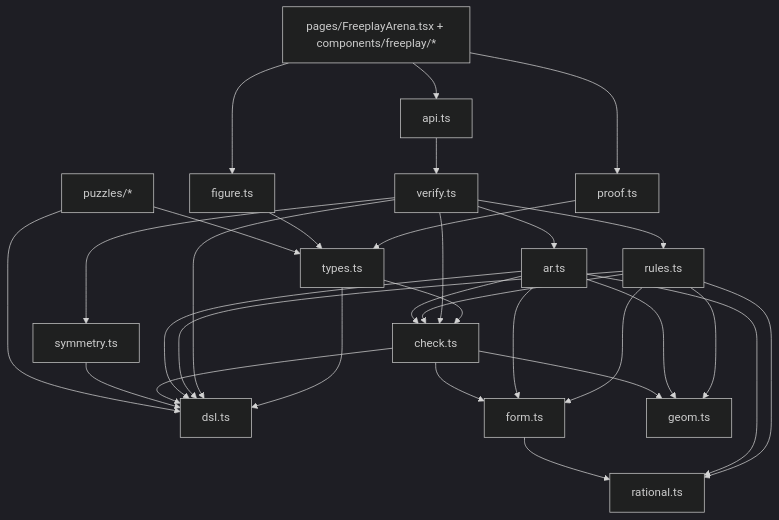
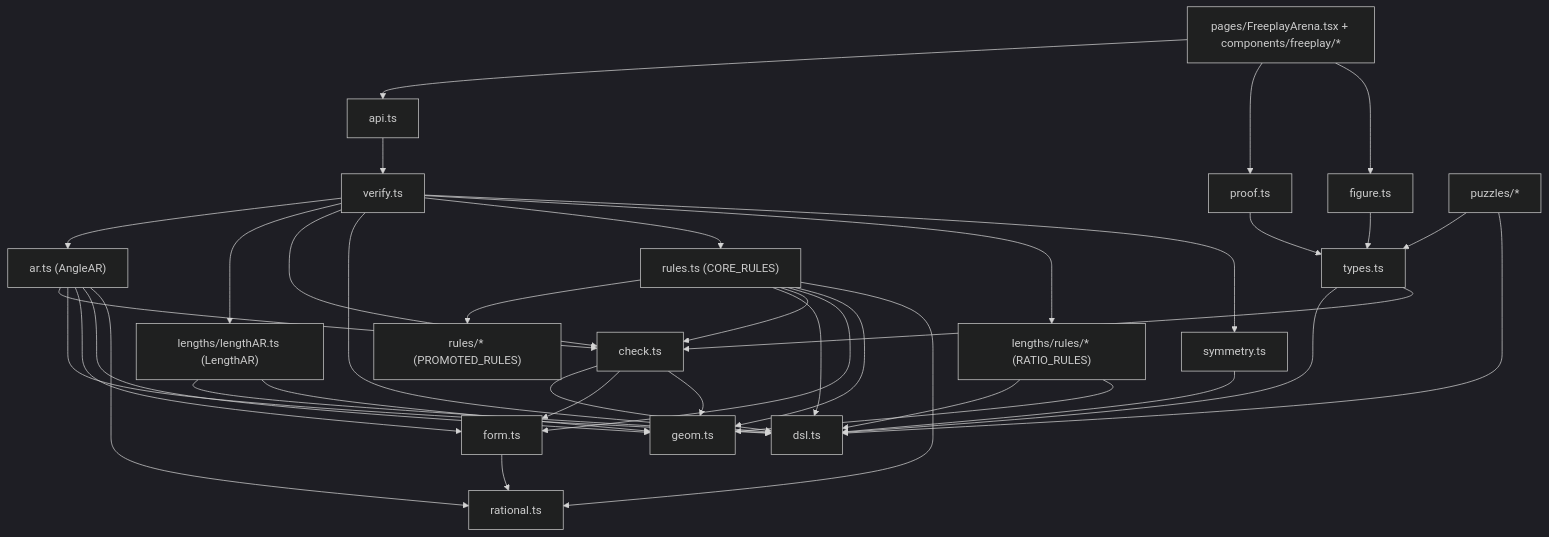
Before and after one commit to f15cubing/brilliant-clone: the diagram in docs/DDAR_ENGINE.md, drawn with Mermaid (dark theme). The commit also changed other lines of this file and 12 other files, not shown here.

````diff
--- a/docs/DDAR_ENGINE.md
+++ b/docs/DDAR_ENGINE.md
@@ -33,49 +37,59 @@
 ```mermaid
 flowchart TD
   UI["pages/FreeplayArena.tsx + components/freeplay/*"]
   API["api.ts"]
   VER["verify.ts"]
   PROOF["proof.ts"]
   FIG["figure.ts"]
   TYPES["types.ts"]
   DSL["dsl.ts"]
   FORM["form.ts"]
   RAT["rational.ts"]
-  RULES["rules.ts"]
-  AR["ar.ts"]
+  RULES["rules.ts (CORE_RULES)"]
+  PROM["rules/* (PROMOTED_RULES)"]
+  LRUL["lengths/rules/* (RATIO_RULES)"]
+  AR["ar.ts (AngleAR)"]
+  LAR["lengths/lengthAR.ts (LengthAR)"]
   CHK["check.ts"]
   GEO["geom.ts"]
   SYM["symmetry.ts"]
   PUZ["puzzles/*"]
 
   UI --> API
   UI --> PROOF
   UI --> FIG
   API --> VER
   PROOF --> TYPES
   FIG --> TYPES
   TYPES --> DSL
   TYPES --> CHK
   VER --> AR
+  VER --> LAR
   VER --> CHK
   VER --> DSL
   VER --> RULES
+  VER --> LRUL
   VER --> SYM
+  RULES --> PROM
   RULES --> DSL
   RULES --> CHK
   RULES --> FORM
   RULES --> GEO
   RULES --> RAT
+  LRUL --> DSL
+  LRUL --> GEO
   AR --> CHK
   AR --> DSL
   AR --> FORM
   AR --> GEO
   AR --> RAT
+  LAR --> DSL
+  LAR --> GEO
   CHK --> DSL
   CHK --> FORM
   CHK --> GEO
   FORM --> RAT
   SYM --> DSL
   PUZ --> TYPES
   PUZ --> DSL
 ```
````
